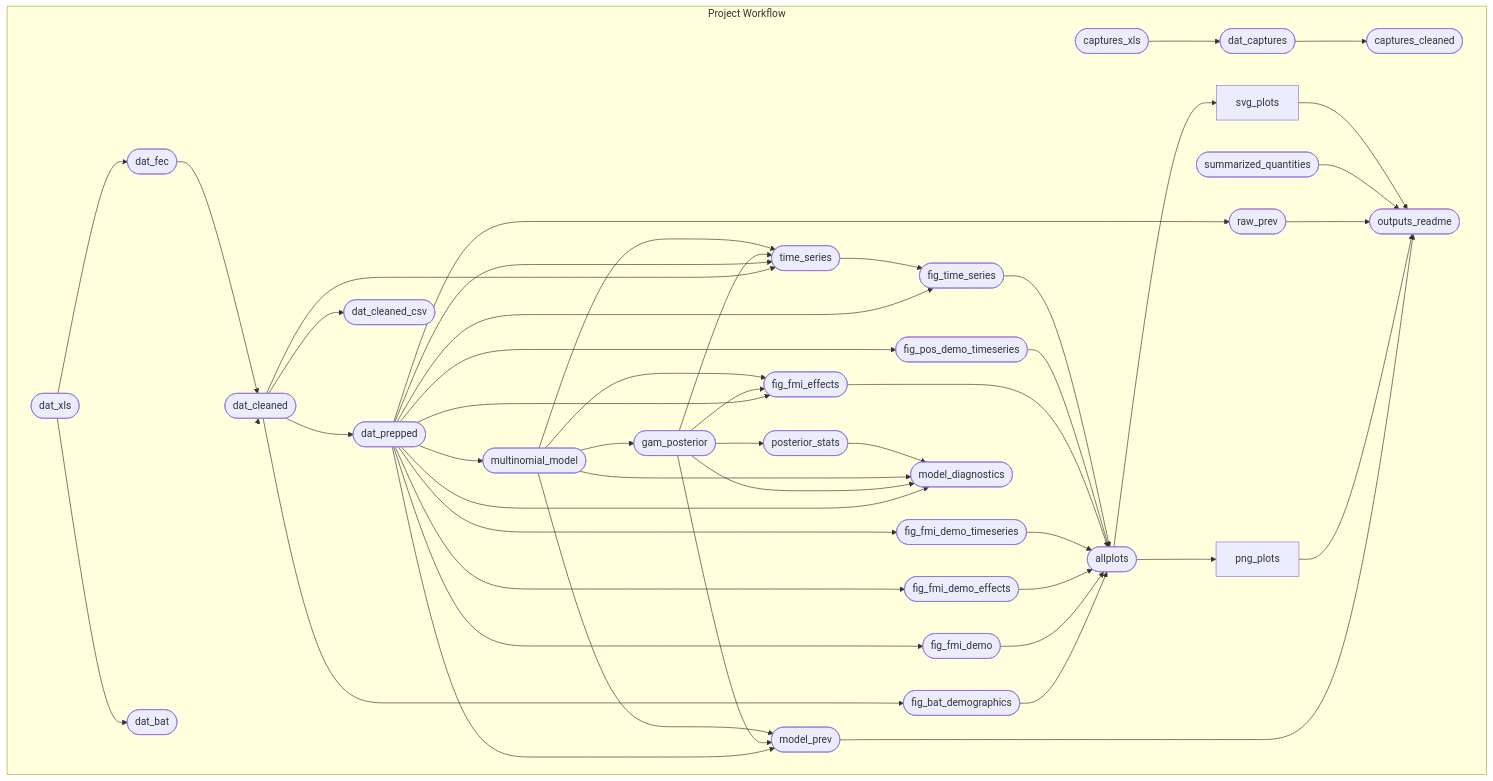
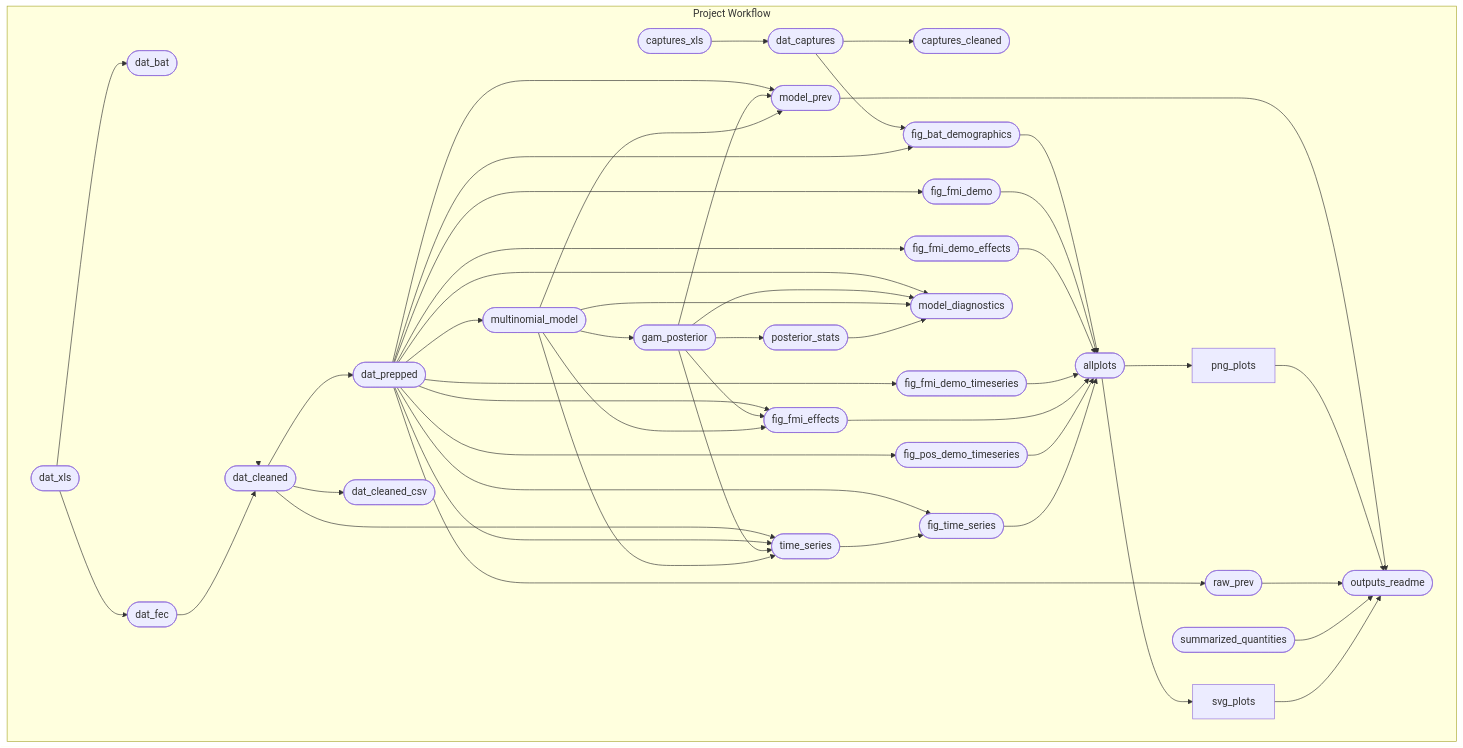
Before and after one commit to ecohealthalliance/sabrenet-rousettus-dynamics: the diagram in README.md, drawn with Mermaid. The commit also changed 31 other files, not shown here.

````diff
--- a/README.md
+++ b/README.md
@@ -42,54 +42,55 @@
 ``` mermaid
 graph LR
 subgraph Project Workflow
     direction LR
     x6cf5d6dc2e05a667(["dat_bat"]):::skipped --> xba784c3a136c631a(["dat_cleaned"]):::queued
     x733041ef94e8d4a9(["dat_fec"]):::skipped --> xba784c3a136c631a(["dat_cleaned"]):::queued
     xb354ea9be719f8bb(["captures_xls"]):::skipped --> xe05634441492d438(["dat_captures"]):::skipped
     xba784c3a136c631a(["dat_cleaned"]):::queued --> xf22c729b71100575(["time_series"]):::queued
     x4a5cfaffa1d0e789(["dat_prepped"]):::queued --> xf22c729b71100575(["time_series"]):::queued
     x89c8b8fe66c39f8c(["gam_posterior"]):::queued --> xf22c729b71100575(["time_series"]):::queued
     x023bc1d70802c4e1(["multinomial_model"]):::queued --> xf22c729b71100575(["time_series"]):::queued
     x798304d337dd8ea1(["allplots"]):::queued --> xbbcceea2cdf8d3f7["svg_plots"]:::queued
     xe05634441492d438(["dat_captures"]):::skipped --> x370906d20a0ac4c5(["captures_cleaned"]):::queued
     x4a5cfaffa1d0e789(["dat_prepped"]):::queued --> x023bc1d70802c4e1(["multinomial_model"]):::queued
     x4a5cfaffa1d0e789(["dat_prepped"]):::queued --> x4ee8fa2dac97ae88(["fig_fmi_demo_effects"]):::queued
-    xba784c3a136c631a(["dat_cleaned"]):::queued --> x7a7f43da56388c67(["fig_bat_demographics"]):::queued
+    xe05634441492d438(["dat_captures"]):::skipped --> x7a7f43da56388c67(["fig_bat_demographics"]):::queued
+    x4a5cfaffa1d0e789(["dat_prepped"]):::queued --> x7a7f43da56388c67(["fig_bat_demographics"]):::queued
     xc2117931d245afce(["dat_xls"]):::skipped --> x733041ef94e8d4a9(["dat_fec"]):::skipped
     xc2117931d245afce(["dat_xls"]):::skipped --> x6cf5d6dc2e05a667(["dat_bat"]):::skipped
     x67d4d2e6dfa8bf90(["model_prev"]):::queued --> xbda0fd67e19f73bc(["outputs_readme"]):::queued
     x0b04ba823e0b5eec["png_plots"]:::queued --> xbda0fd67e19f73bc(["outputs_readme"]):::queued
     xdf15caacba83d075(["raw_prev"]):::queued --> xbda0fd67e19f73bc(["outputs_readme"]):::queued
     x07b56d1fbca21cf3(["summarized_quantities"]):::skipped --> xbda0fd67e19f73bc(["outputs_readme"]):::queued
     xbbcceea2cdf8d3f7["svg_plots"]:::queued --> xbda0fd67e19f73bc(["outputs_readme"]):::queued
     x4a5cfaffa1d0e789(["dat_prepped"]):::queued --> xdf15caacba83d075(["raw_prev"]):::queued
     x798304d337dd8ea1(["allplots"]):::queued --> x0b04ba823e0b5eec["png_plots"]:::queued
     x4a5cfaffa1d0e789(["dat_prepped"]):::queued --> x23873f9d63594e23(["fig_fmi_demo"]):::queued
     x4a5cfaffa1d0e789(["dat_prepped"]):::queued --> x50a3b768b5746682(["fig_pos_demo_timeseries"]):::queued
     xba784c3a136c631a(["dat_cleaned"]):::queued --> xdb44d218f76593df(["dat_cleaned_csv"]):::queued
     x4a5cfaffa1d0e789(["dat_prepped"]):::queued --> x1e7dc8900c0252af(["model_diagnostics"]):::queued
     x89c8b8fe66c39f8c(["gam_posterior"]):::queued --> x1e7dc8900c0252af(["model_diagnostics"]):::queued
     x023bc1d70802c4e1(["multinomial_model"]):::queued --> x1e7dc8900c0252af(["model_diagnostics"]):::queued
     x48dd96190e644d8f(["posterior_stats"]):::queued --> x1e7dc8900c0252af(["model_diagnostics"]):::queued
     x4a5cfaffa1d0e789(["dat_prepped"]):::queued --> x80ade130098abb0f(["fig_fmi_demo_timeseries"]):::queued
     x4a5cfaffa1d0e789(["dat_prepped"]):::queued --> x37da1c8de8c2ccbe(["fig_fmi_effects"]):::queued
     x89c8b8fe66c39f8c(["gam_posterior"]):::queued --> x37da1c8de8c2ccbe(["fig_fmi_effects"]):::queued
     x023bc1d70802c4e1(["multinomial_model"]):::queued --> x37da1c8de8c2ccbe(["fig_fmi_effects"]):::queued
     x7a7f43da56388c67(["fig_bat_demographics"]):::queued --> x798304d337dd8ea1(["allplots"]):::queued
     x23873f9d63594e23(["fig_fmi_demo"]):::queued --> x798304d337dd8ea1(["allplots"]):::queued
     x4ee8fa2dac97ae88(["fig_fmi_demo_effects"]):::queued --> x798304d337dd8ea1(["allplots"]):::queued
     x80ade130098abb0f(["fig_fmi_demo_timeseries"]):::queued --> x798304d337dd8ea1(["allplots"]):::queued
     x37da1c8de8c2ccbe(["fig_fmi_effects"]):::queued --> x798304d337dd8ea1(["allplots"]):::queued
     x50a3b768b5746682(["fig_pos_demo_timeseries"]):::queued --> x798304d337dd8ea1(["allplots"]):::queued
     xe3a4a17736576ba6(["fig_time_series"]):::queued --> x798304d337dd8ea1(["allplots"]):::queued
     xba784c3a136c631a(["dat_cleaned"]):::queued --> x4a5cfaffa1d0e789(["dat_prepped"]):::queued
     x4a5cfaffa1d0e789(["dat_prepped"]):::queued --> x67d4d2e6dfa8bf90(["model_prev"]):::queued
     x89c8b8fe66c39f8c(["gam_posterior"]):::queued --> x67d4d2e6dfa8bf90(["model_prev"]):::queued
     x023bc1d70802c4e1(["multinomial_model"]):::queued --> x67d4d2e6dfa8bf90(["model_prev"]):::queued
     x89c8b8fe66c39f8c(["gam_posterior"]):::queued --> x48dd96190e644d8f(["posterior_stats"]):::queued
     x023bc1d70802c4e1(["multinomial_model"]):::queued --> x89c8b8fe66c39f8c(["gam_posterior"]):::queued
     x4a5cfaffa1d0e789(["dat_prepped"]):::queued --> xe3a4a17736576ba6(["fig_time_series"]):::queued
     xf22c729b71100575(["time_series"]):::queued --> xe3a4a17736576ba6(["fig_time_series"]):::queued
   end
 linkStyle 0 stroke-width:0px;
 ```
````
